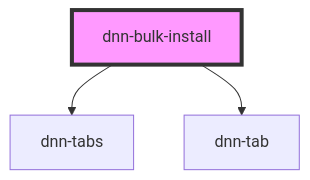
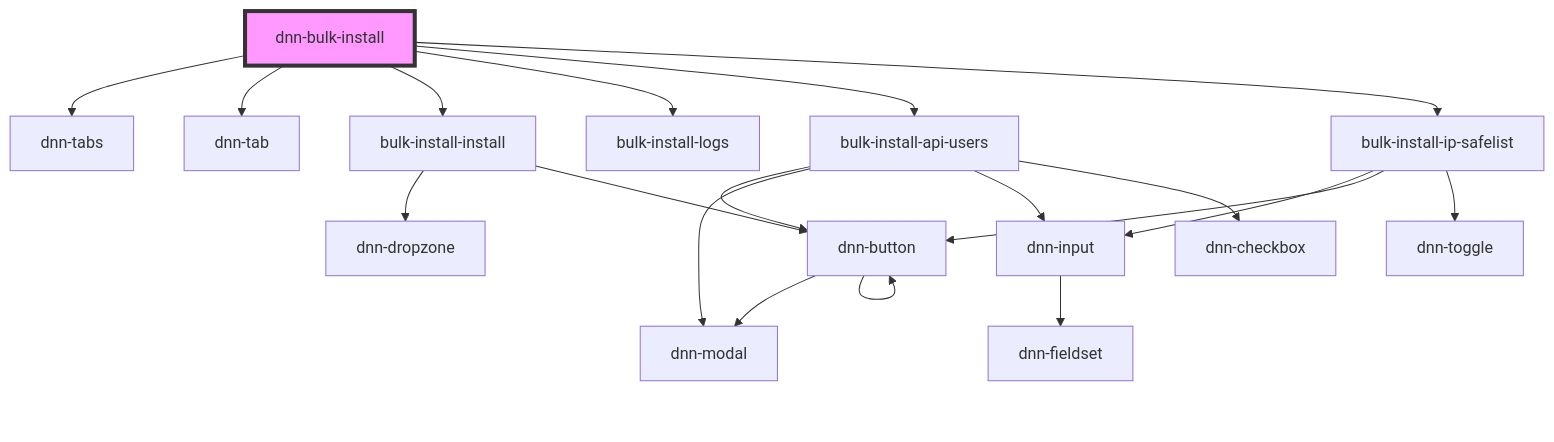
The diagram in DNN Platform/Modules/BulkInstall/BulkInstall.Web/src/components/dnn-bulk-install/readme.md (dnnsoftware/Dnn.Platform), drawn with Mermaid before and after one commit. The commit also changed other lines of this file and 8 other files, not shown here.

Commit message:
Bulk Install: Implemented initial UI for Install tab

````diff
--- a/DNN Platform/Modules/BulkInstall/BulkInstall.Web/src/components/dnn-bulk-install/readme.md
+++ b/DNN Platform/Modules/BulkInstall/BulkInstall.Web/src/components/dnn-bulk-install/readme.md
@@ -16,6 +20,22 @@
 ```mermaid
 graph TD;
   dnn-bulk-install --> dnn-tabs
   dnn-bulk-install --> dnn-tab
+  dnn-bulk-install --> bulk-install-install
+  dnn-bulk-install --> bulk-install-logs
+  dnn-bulk-install --> bulk-install-api-users
+  dnn-bulk-install --> bulk-install-ip-safelist
+  bulk-install-install --> dnn-dropzone
+  bulk-install-install --> dnn-button
+  dnn-button --> dnn-modal
+  dnn-button --> dnn-button
+  bulk-install-api-users --> dnn-button
+  bulk-install-api-users --> dnn-modal
+  bulk-install-api-users --> dnn-input
+  bulk-install-api-users --> dnn-checkbox
+  dnn-input --> dnn-fieldset
+  bulk-install-ip-safelist --> dnn-input
+  bulk-install-ip-safelist --> dnn-button
+  bulk-install-ip-safelist --> dnn-toggle
   style dnn-bulk-install fill:#f9f,stroke:#333,stroke-width:4px
 ```
````
